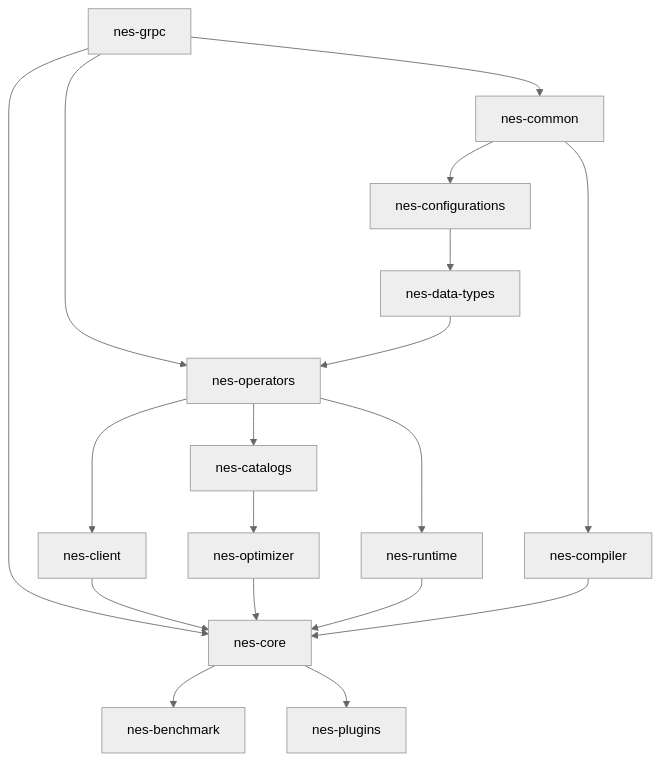
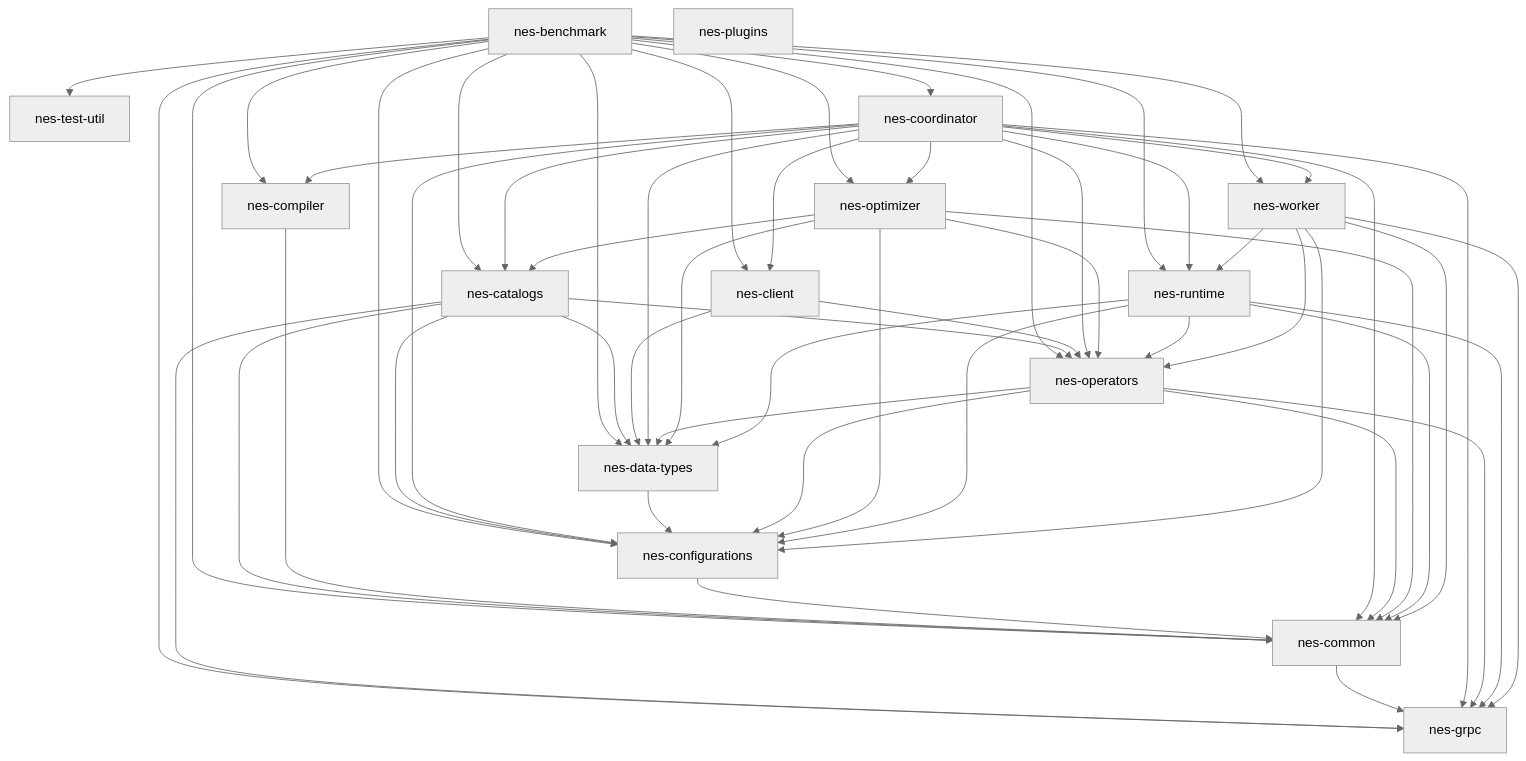
One commit to nebulastream/nebulastream changed the diagram in README.md. Above: the diagram before and after it, drawn with Mermaid (neutral theme).

````diff
--- a/README.md
+++ b/README.md
@@ -42,20 +42,58 @@
 ```mermaid
 graph TD;
-  nes-grpc-->nes-core;
-  nes-core-->nes-benchmark;
-  nes-operators-->nes-catalogs;
-  nes-operators-->nes-client;
-  nes-grpc-->nes-common;
-  nes-common-->nes-compiler; 
-  nes-common-->nes-configurations;
-  nes-client-->nes-core;
-  nes-optimizer-->nes-core;
-  nes-runtime-->nes-core;
-  nes-compiler-->nes-core;
-  nes-configurations-->nes-data-types;
-  nes-grpc-->nes-operators;
-  nes-data-types-->nes-operators;
-  nes-catalogs-->nes-optimizer;
-  nes-core-->nes-plugins;
-  nes-operators-->nes-runtime;
+nes-benchmark-->nes-common
+nes-benchmark-->nes-data-types
+nes-benchmark-->nes-operators
+nes-benchmark-->nes-grpc
+nes-benchmark-->nes-catalogs
+nes-benchmark-->nes-optimizer
+nes-benchmark-->nes-compiler
+nes-benchmark-->nes-runtime
+nes-benchmark-->nes-test-util
+nes-benchmark-->nes-client
+nes-benchmark-->nes-coordinator
+nes-benchmark-->nes-worker
+nes-benchmark-->nes-configurations
+nes-catalogs-->nes-common
+nes-catalogs-->nes-grpc
+nes-catalogs-->nes-data-types
+nes-catalogs-->nes-operators
+nes-catalogs-->nes-configurations
+nes-client-->nes-data-types
+nes-client-->nes-operators
+nes-common-->nes-grpc
+nes-compiler-->nes-common
+nes-configurations-->nes-common
+nes-coordinator-->nes-common
+nes-coordinator-->nes-grpc
+nes-coordinator-->nes-operators
+nes-coordinator-->nes-compiler
+nes-coordinator-->nes-catalogs
+nes-coordinator-->nes-runtime
+nes-coordinator-->nes-optimizer
+nes-coordinator-->nes-worker
+nes-coordinator-->nes-client
+nes-coordinator-->nes-data-types
+nes-coordinator-->nes-configurations
+nes-data-types-->nes-configurations
+nes-operators-->nes-common
+nes-operators-->nes-configurations
+nes-operators-->nes-data-types
+nes-operators-->nes-grpc
+nes-optimizer-->nes-common
+nes-optimizer-->nes-data-types
+nes-optimizer-->nes-configurations
+nes-optimizer-->nes-operators
+nes-optimizer-->nes-catalogs
+nes-plugins
+nes-runtime-->nes-common
+nes-runtime-->nes-grpc
+nes-runtime-->nes-data-types
+nes-runtime-->nes-operators
+nes-runtime-->nes-configurations
+nes-worker-->nes-common
+nes-worker-->nes-runtime
+nes-worker-->nes-grpc
+nes-worker-->nes-configurations
+nes-worker-->nes-operators
 ```
````
